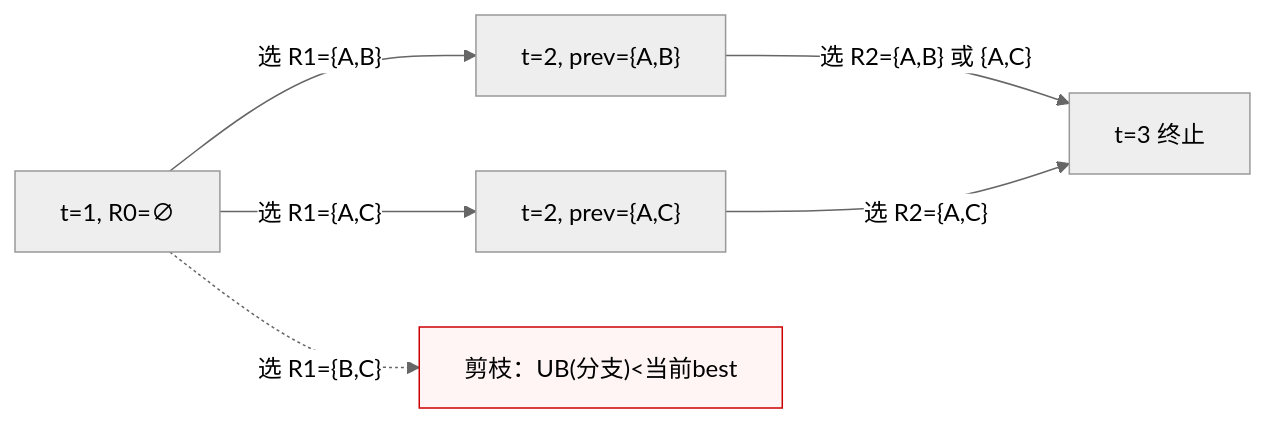
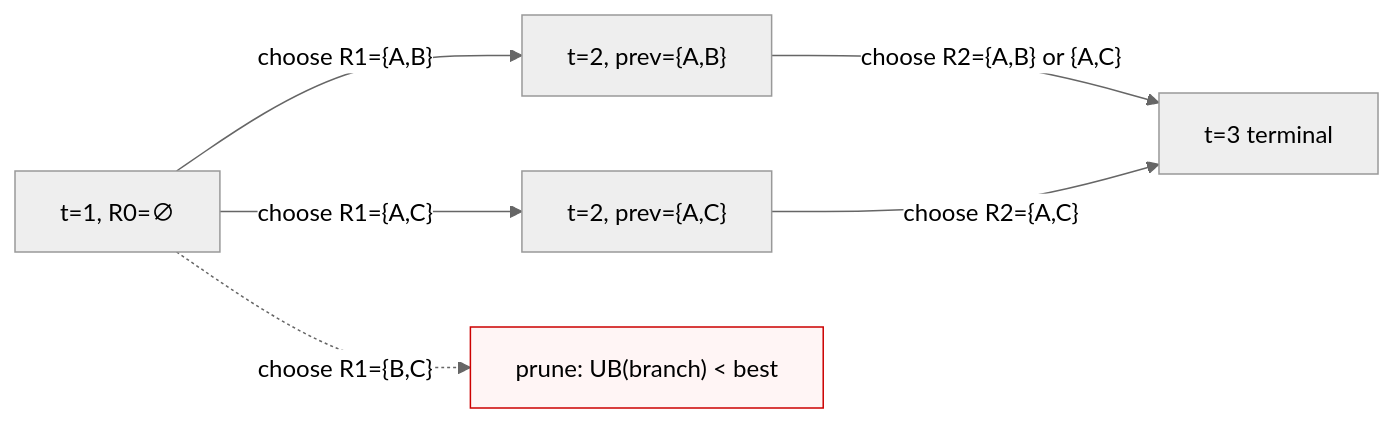
Before and after one commit to haomingbai/mcm_2026_d: the third of 3 diagrams in traditional_solution.md, drawn with Mermaid (neutral theme). The commit also changed other lines of this file and 12 other files, not shown here.

````diff
--- a/traditional_solution.md
+++ b/traditional_solution.md
@@ -272,14 +292,14 @@
 ```mermaid
 flowchart LR
     S0["t=1, R0=∅"]
 
-    S0 -->|"选 R1={A,B}"| S1AB["t=2, prev={A,B}"]
-    S0 -->|"选 R1={A,C}"| S1AC["t=2, prev={A,C}"]
-    S0 -.->|"选 R1={B,C}"| PR["剪枝：UB(分支)<当前best"]
+    S0 -->|"choose R1={A,B}"| S1AB["t=2, prev={A,B}"]
+    S0 -->|"choose R1={A,C}"| S1AC["t=2, prev={A,C}"]
+    S0 -.->|"choose R1={B,C}"| PR["prune: UB(branch) < best"]
 
-    S1AB -->|"选 R2={A,B} 或 {A,C}"| END["t=3 终止"]
-    S1AC -->|"选 R2={A,C}"| END
+    S1AB -->|"choose R2={A,B} or {A,C}"| END["t=3 terminal"]
+    S1AC -->|"choose R2={A,C}"| END
 
     classDef pruned fill:#fff5f5,stroke:#cc0000,stroke-width:1px;
     class PR pruned;
 ```
````
